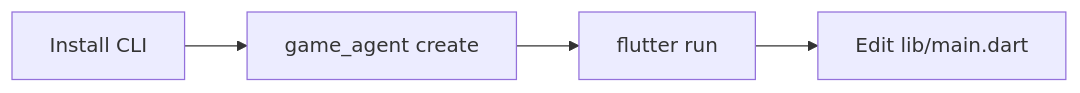
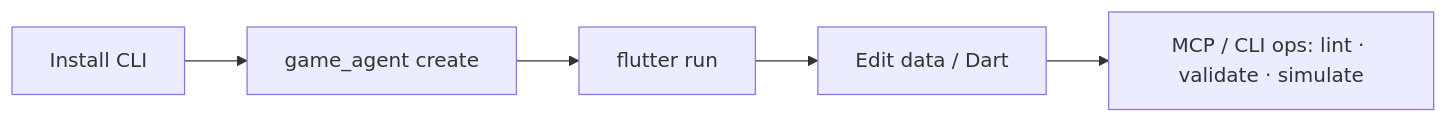
Before and after one commit to arashrasoulzadeh/agentic-game-engine: the diagram in docs/getting-started.md, drawn with Mermaid. The commit also changed other lines of this file and 15 other files, not shown here.

First line of the commit message:
Unblock agent game-dev loop across all three create templates.

````diff
--- a/docs/getting-started.md
+++ b/docs/getting-started.md
@@ -5,4 +5,5 @@
 ```mermaid
 flowchart LR
-    A[Install CLI] --> B[game_agent create] --> C[flutter run] --> D[Edit lib/main.dart]
+    A[Install CLI] --> B[game_agent create] --> C[flutter run] --> D[Edit data / Dart]
+    D --> E[MCP / CLI ops: lint · validate · simulate]
 ```
````
